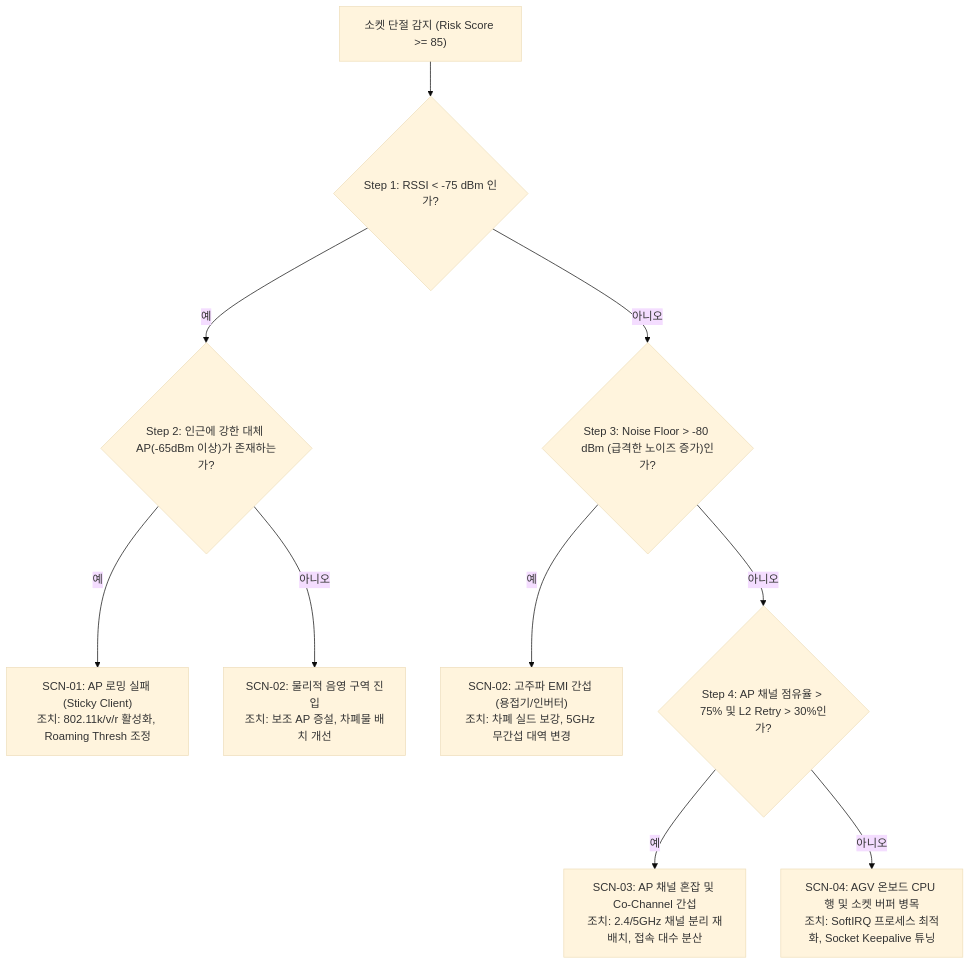
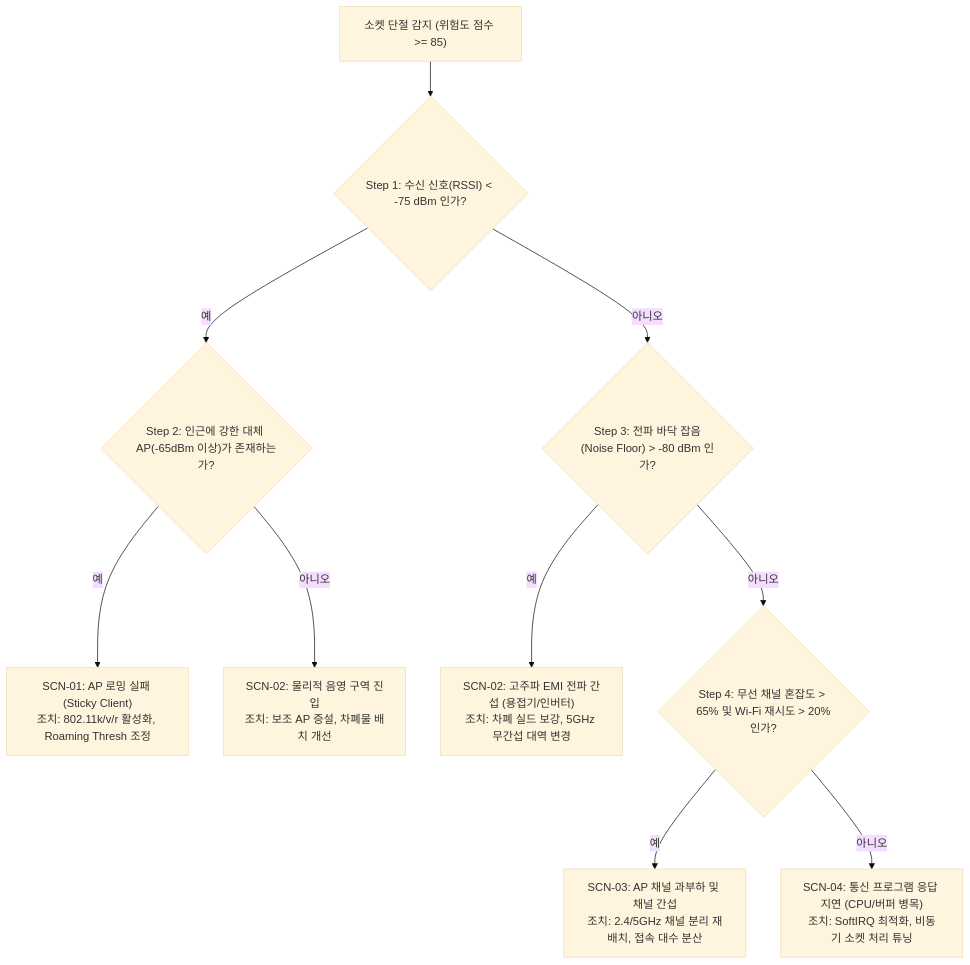
Before and after one commit to planner77/network_dashboard: the third of 3 diagrams in README.md, drawn with Mermaid (base theme). The commit also changed other lines of this file and 17 other files, not shown here.

````diff
--- a/README.md
+++ b/README.md
@@ -102,14 +133,14 @@
 ```mermaid
 flowchart TD
-    Start["소켓 단절 감지 (Risk Score >= 85)"] --> Q1{"Step 1: RSSI < -75 dBm 인가?"}
+    Start["소켓 단절 감지 (위험도 점수 >= 85)"] --> Q1{"Step 1: 수신 신호(RSSI) < -75 dBm 인가?"}
     
     Q1 -- 예 --> Q2{"Step 2: 인근에 강한 대체 AP(-65dBm 이상)가 존재하는가?"}
     Q2 -- 예 --> SCN01["SCN-01: AP 로밍 실패 (Sticky Client)\n조치: 802.11k/v/r 활성화, Roaming Thresh 조정"]
     Q2 -- 아니오 --> SCN02["SCN-02: 물리적 음영 구역 진입\n조치: 보조 AP 증설, 차폐물 배치 개선"]
     
-    Q1 -- 아니오 --> Q3{"Step 3: Noise Floor > -80 dBm (급격한 노이즈 증가)인가?"}
-    Q3 -- 예 --> SCN02_EMI["SCN-02: 고주파 EMI 간섭 (용접기/인버터)\n조치: 차폐 실드 보강, 5GHz 무간섭 대역 변경"]
-    Q3 -- 아니오 --> Q4{"Step 4: AP 채널 점유율 > 75% 및 L2 Retry > 30%인가?"}
-    Q4 -- 예 --> SCN03["SCN-03: AP 채널 혼잡 및 Co-Channel 간섭\n조치: 2.4/5GHz 채널 분리 재배치, 접속 대수 분산"]
-    Q4 -- 아니오 --> SCN04["SCN-04: AGV 온보드 CPU 행 및 소켓 버퍼 병목\n조치: SoftIRQ 프로세스 최적화, Socket Keepalive 튜닝"]
+    Q1 -- 아니오 --> Q3{"Step 3: 전파 바닥 잡음(Noise Floor) > -80 dBm 인가?"}
+    Q3 -- 예 --> SCN02_EMI["SCN-02: 고주파 EMI 전파 간섭 (용접기/인버터)\n조치: 차폐 실드 보강, 5GHz 무간섭 대역 변경"]
+    Q3 -- 아니오 --> Q4{"Step 4: 무선 채널 혼잡도 > 65% 및 Wi-Fi 재시도 > 20%인가?"}
+    Q4 -- 예 --> SCN03["SCN-03: AP 채널 과부하 및 채널 간섭\n조치: 2.4/5GHz 채널 분리 재배치, 접속 대수 분산"]
+    Q4 -- 아니오 --> SCN04["SCN-04: 통신 프로그램 응답 지연 (CPU/버퍼 병목)\n조치: SoftIRQ 최적화, 비동기 소켓 처리 튜닝"]
 ```
````
